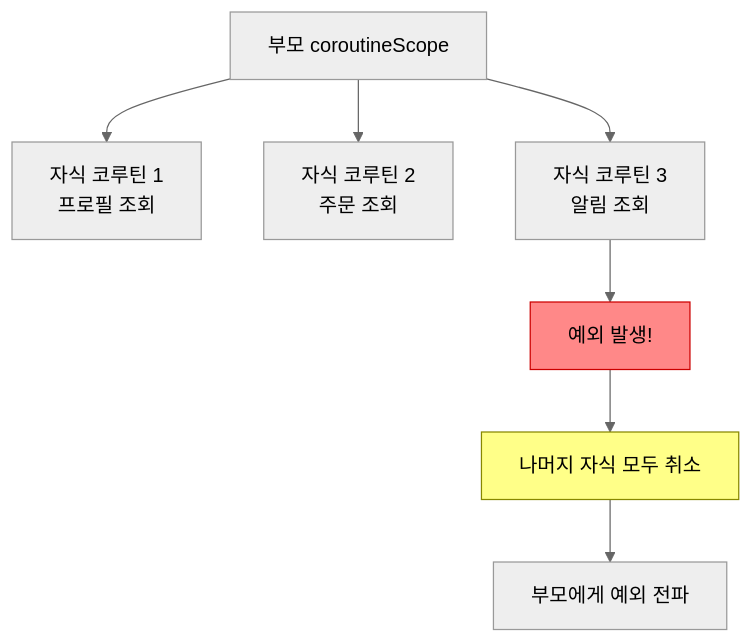
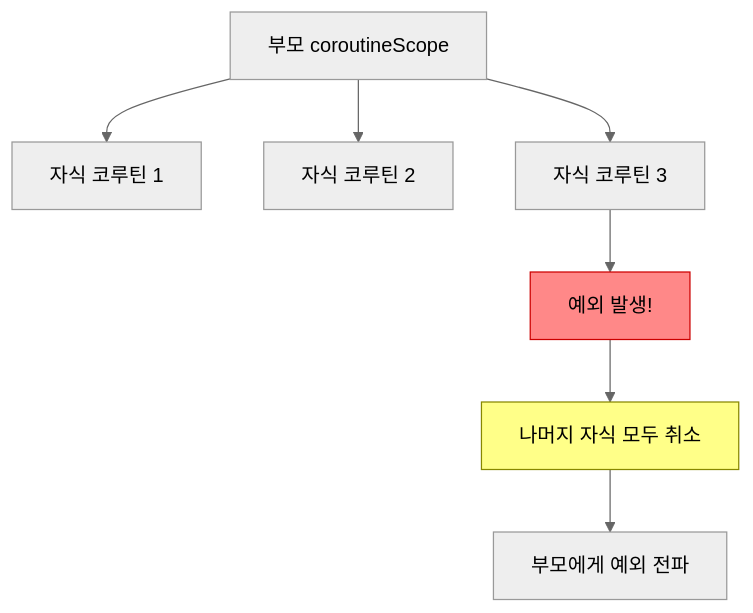
The second of 4 diagrams in _posts/kotlin/2026-05-02-kotlin-coroutines.md (yjkim2015/yjkim2015.github.io), drawn with Mermaid (neutral theme) before and after one commit. The commit also changed other lines of this file and 217 other files, not shown here.

First line of the commit message:
Mermaid 크기 수정: useMaxWidth:true + SVG max-width:100% + 라벨 축소

````diff
--- a/_posts/kotlin/2026-05-02-kotlin-coroutines.md
+++ b/_posts/kotlin/2026-05-02-kotlin-coroutines.md
@@ -115,11 +115,11 @@
 ```mermaid
 graph TD
-    Parent["부모 coroutineScope"] --> C1["자식 코루틴 1\n프로필 조회"]
-    Parent --> C2["자식 코루틴 2\n주문 조회"]
-    Parent --> C3["자식 코루틴 3\n알림 조회"]
+    Parent["부모 coroutineScope"] --> C1["자식 코루틴 1"]
+    Parent --> C2["자식 코루틴 2"]
+    Parent --> C3["자식 코루틴 3"]
     C3 --> Fail["예외 발생!"]
     Fail --> Cancel["나머지 자식 모두 취소"]
     Cancel --> Parent2["부모에게 예외 전파"]
     style Fail fill:#f88,stroke:#c00,color:#000
     style Cancel fill:#ff8,stroke:#880,color:#000
 ```
````
